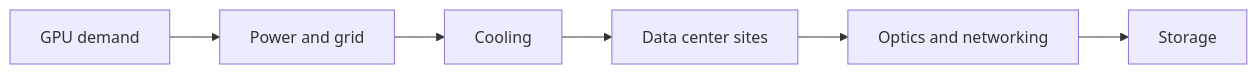
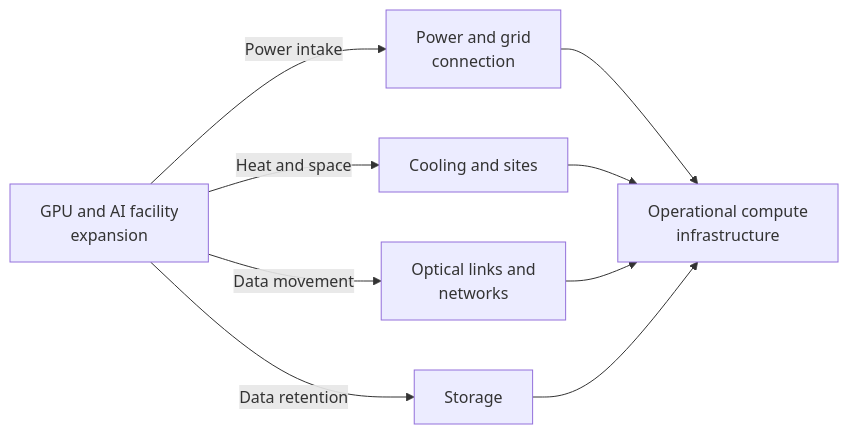
One commit to daylight55/research changed the first of 2 diagrams in articles/report/post-semiconductor-ai-infrastructure/en/index.mdx. Above: the diagram before and after it, drawn with Mermaid. The commit also changed other lines of this file and 181 other files, not shown here.

First line of the commit message:
全記事の図解368点を再生成し、共通注意書きを削除 (#402)

````diff
--- a/articles/report/post-semiconductor-ai-infrastructure/en/index.mdx
+++ b/articles/report/post-semiconductor-ai-infrastructure/en/index.mdx
@@ -35,8 +35,19 @@
 ```mermaid
 flowchart LR
-  GPU["GPU demand"] --> Power["Power and grid"]
-  Power --> Cool["Cooling"]
-  Cool --> Site["Data center sites"]
-  Site --> Net["Optics and networking"]
-  Net --> Store["Storage"]
+  accTitle: Physical infrastructure required for GPU expansion
+  accDescr: Power and grid access, cooling and sites, and networking and storage all condition operation. They are not simply sequential substitutes for investment.
+  N0["GPU and AI facility<br/>expansion"]
+  N1["Power and grid<br/>connection"]
+  N2["Cooling and sites"]
+  N3["Optical links and<br/>networks"]
+  N4["Storage"]
+  N5["Operational compute<br/>infrastructure"]
+  N0 -->|Power intake| N1
+  N0 -->|Heat and space| N2
+  N0 -->|Data movement| N3
+  N0 -->|Data retention| N4
+  N1 --> N5
+  N2 --> N5
+  N3 --> N5
+  N4 --> N5
 ```
````
